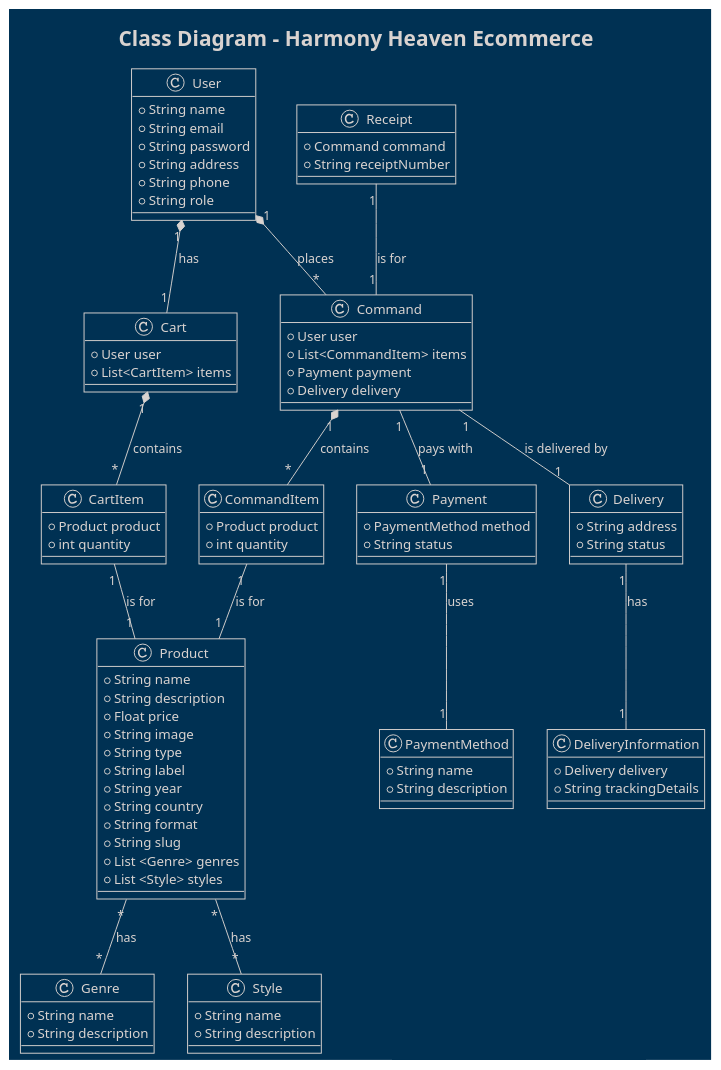
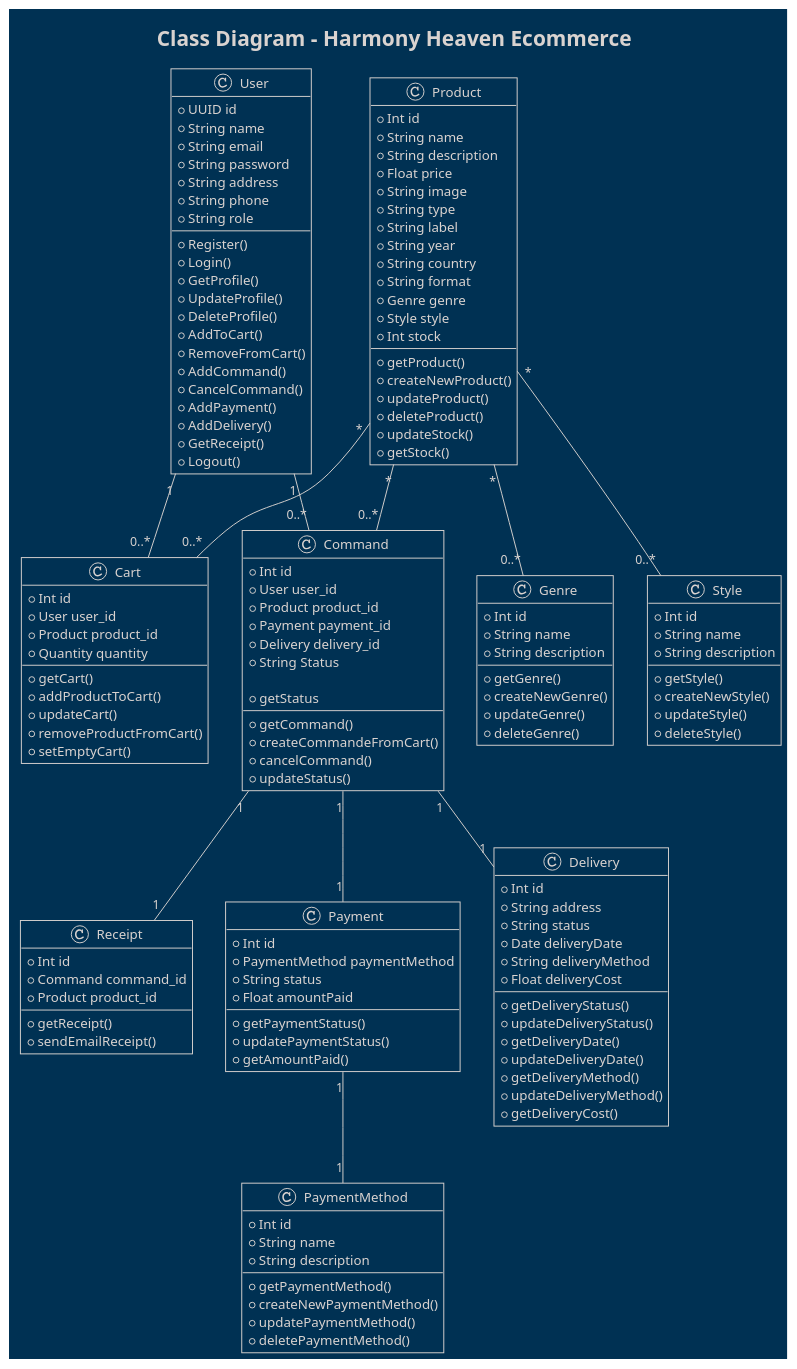
One commit to Pixeloceax/HarmonyHeaven changed the diagram in diagram/class/database.wsd. Above: the diagram before and after it, drawn with PlantUML.

Commit message:
update(class): add method

```diff
--- a/diagram/class/database.wsd
+++ b/diagram/class/database.wsd
@@ -1,129 +1,183 @@
 @startuml class diagram
 
 skin rose
 !theme blueprint
 
-
 title Class Diagram - Harmony Heaven Ecommerce
 
 class User {
+    + UUID id
     + String name
     + String email
     + String password
     + String address
     + String phone
     + String role
+
+    + Register()
+    + Login()
+    + GetProfile()
+    + UpdateProfile()
+    + DeleteProfile()
+    + AddToCart()
+    + RemoveFromCart()
+    + AddCommand()
+    + CancelCommand()
+    + AddPayment()
+    + AddDelivery()
+    + GetReceipt()
+    + Logout()
 }
 
 class Product {
+    + Int id
     + String name
     + String description
     + Float price
     + String image
     + String type
     + String label
     + String year
     + String country
     + String format
-    + String slug
-    + List <Genre> genres
-    + List <Style> styles
+    + Genre genre
+    + Style style
+    + Int stock
+
+    + getProduct()
+    + createNewProduct()
+    + updateProduct()
+    + deleteProduct()
+    + updateStock()
+    + getStock()
 }
 
 class Genre {
+    + Int id
     + String name
     + String description
+
+    + getGenre()
+    + createNewGenre()
+    + updateGenre()
+    + deleteGenre()
+
 }
 
 class Style {
+    + Int id
     + String name
     + String description
+
+    + getStyle()
+    + createNewStyle()
+    + updateStyle()
+    + deleteStyle()
 }
 
 class Cart {
-    + User user
-    + List<CartItem> items
-}
+    + Int id
+    + User user_id
+    + Product product_id
+    + Quantity quantity
 
-class CartItem {
-    + Product product
-    + int quantity
+    + getCart()
+    + addProductToCart()
+    + updateCart()
+    + removeProductFromCart()
+    + setEmptyCart()
 }
 
 class Command {
-    + User user
-    + List<CommandItem> items
-    + Payment payment
-    + Delivery delivery
-}
+    + Int id
+    + User user_id
+    + Product product_id
+    + Payment payment_id
+    + Delivery delivery_id
+    + String Status
 
-class CommandItem {
-    + Product product
-    + int quantity
+    + getCommand()
+    + createCommandeFromCart()
+    + cancelCommand()
+    + getStatus
+    + updateStatus()
 }
 
 class Receipt {
-    + Command command
-    + String receiptNumber
+    + Int id
+    + Command command_id
+    + Product product_id
 
+    + getReceipt()
+    + sendEmailReceipt()
+}
+
+class Payment {
+    + Int id
+    + PaymentMethod paymentMethod
+    + String status
+    + Float amountPaid
+
+    + getPaymentStatus()
+    + updatePaymentStatus()
+    + getAmountPaid()
 }
 
 class PaymentMethod {
+    + Int id
     + String name
     + String description
-}
 
-class Payment {
-    + PaymentMethod method
-    + String status
+    + getPaymentMethod()
+    + createNewPaymentMethod()
+    + updatePaymentMethod()
+    + deletePaymentMethod()
 }
 
 class Delivery {
+    + Int id
     + String address
     + String status
+    + Date deliveryDate
+    + String deliveryMethod
+    + Float deliveryCost
+
+    + getDeliveryStatus()
+    + updateDeliveryStatus()
+    + getDeliveryDate()
+    + updateDeliveryDate()
+    + getDeliveryMethod()
+    + updateDeliveryMethod()
+    + getDeliveryCost()
+    
 }
 
-class DeliveryInformation {
-    + Delivery delivery
-    + String trackingDetails
-}
+'Un User peut avoir plusieurs Cart et Command (OneToMany)
 
-User "1" *-- "1" Cart : has  
-'Un utilisateur a un panier (relation un-à-un)
+User "1" -- "0..*" Cart 
 
-Cart "1" *-- "*" CartItem : contains  
-'Un panier peut contenir plusieurs articles (relation un-à-plusieurs)
+User "1" -- "0..*" Command 
 
-User "1" *-- "*" Command : places 
-'Un utilisateur peut passer plusieurs commandes (relation un-à-plusieurs)
+'Un Product peut être dans plusieurs Cart et Command, et peut avoir plusieurs Genre et Style (ManyToMany)
 
-Command "1" *-- "*" CommandItem : contains 
-'Une commande peut contenir plusieurs articles (relation un-à-plusieurs)
+Product "*" -- "0..*" Cart 
 
-Command "1" -- "1" Delivery : is delivered by 
-'Une commande est livrée par une livraison (relation un-à-un)
+Product "*" -- "0..*" Command 
 
-Receipt "1" -- "1" Command : is for 
-'Un reçu est pour une commande (relation un-à-un)
+Product "*" -- "0..*" Genre 
 
-Command "1" -- "1" Payment : pays with 
-'Une commande est payée avec un paiement (relation un-à-un)
+Product "*" -- "0..*" Style 
 
-Payment "1" -- "1" PaymentMethod : uses  
-'Un paiement utilise une méthode de paiement (relation un-à-un)
+'Une Command a un Receipt, un Payment et un Delivery (OneToOne)
 
-Delivery "1" -- "1" DeliveryInformation : has  
- 'Une livraison a des informations de livraison (relation un-à-un)
+Command "1" -- "1" Receipt 
 
-CartItem "1" -- "1" Product : is for 
-'Un CartItem est pour un Product (relation un-à-un)
+Command "1" -- "1" Payment 
 
-CommandItem "1" -- "1" Product : is for 
-'Un commandItem est pour un Product (relation un-à-un)
+Command "1" -- "1" Delivery 
 
-Product "*" -- "*" Genre : has  
-'Un produit peut avoir plusieurs genres et un genre peut appartenir à plusieurs produits (relation plusieurs-à-plusieurs)
+'Un Payment a un PaymentMethod (OneToOne)
 
-Product "*" -- "*" Style : has  
-'Un produit peut avoir plusieurs styles et un style peut appartenir à plusieurs produits (relation plusieurs-à-plusieurs)
+Payment "1" -- "1" PaymentMethod 
+
 @enduml
```
